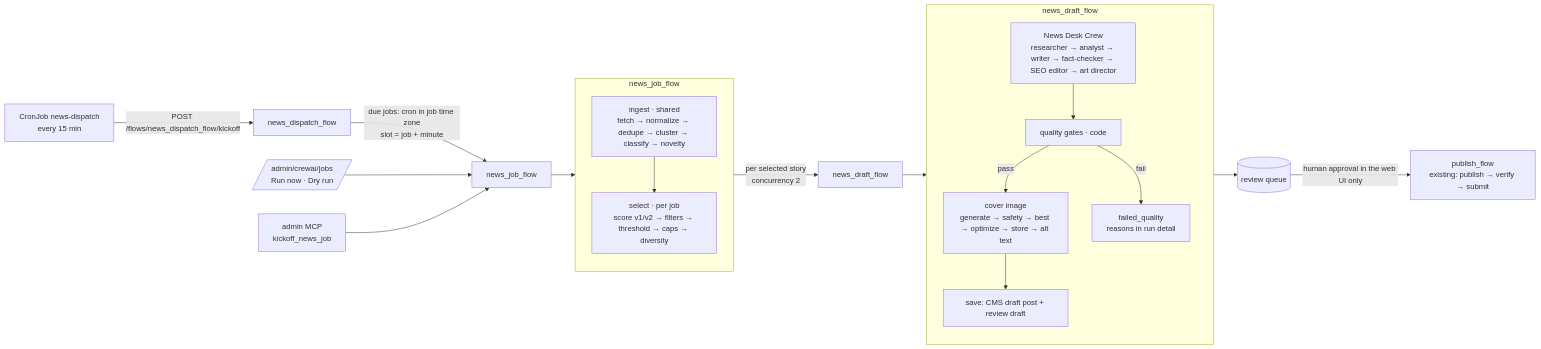
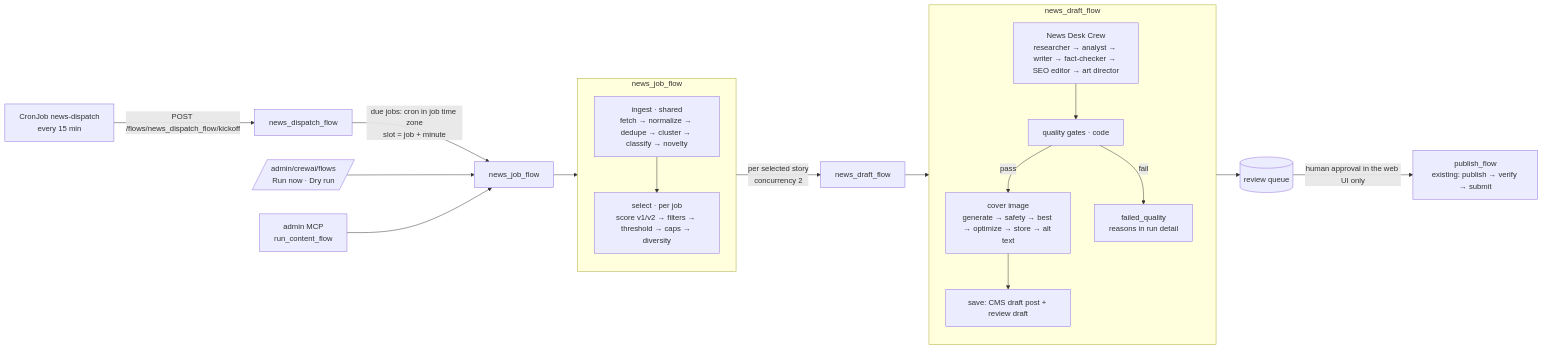
Before and after one commit to mrjithendar/moks-cms: the first of 2 diagrams in docs/news/ARCHITECTURE.md, drawn with Mermaid. The commit also changed other lines of this file and 12 other files, not shown here.

First line of the commit message:
docs: flows and crews only: crew jobs are content flows (D-99)

````diff
--- a/docs/news/ARCHITECTURE.md
+++ b/docs/news/ARCHITECTURE.md
@@ -21,23 +22,23 @@
 ```mermaid
 flowchart LR
   CJ[CronJob news-dispatch<br/>every 15 min] -->|POST /flows/news_dispatch_flow/kickoff| D[news_dispatch_flow]
   D -->|due jobs: cron in job time zone<br/>slot = job + minute| J[news_job_flow]
-  UI[/admin/crewai/jobs<br/>Run now · Dry run/] --> J
-  MCP[admin MCP<br/>kickoff_news_job] --> J
+  UI[/admin/crewai/flows<br/>Run now · Dry run/] --> J
+  MCP[admin MCP<br/>run_content_flow] --> J
   subgraph J1[news_job_flow]
     direction TB
     I[ingest · shared<br/>fetch → normalize → dedupe → cluster → classify → novelty] --> S[select · per job<br/>score v1/v2 → filters → threshold → caps → diversity]
   end
   J --> J1
   S -->|per selected story<br/>concurrency 2| DR[news_draft_flow]
   subgraph DR1[news_draft_flow]
     direction TB
     C[News Desk Crew<br/>researcher → analyst → writer → fact-checker → SEO editor → art director] --> Q[quality gates · code]
     Q -->|pass| IMG[cover image<br/>generate → safety → best → optimize → store → alt text]
     IMG --> SV[save: CMS draft post + review draft]
     Q -->|fail| FQ[failed_quality<br/>reasons in run detail]
   end
   DR --> DR1
   SV --> RQ[(review queue)]
   RQ -->|human approval in the web UI only| PF[publish_flow<br/>existing: publish → verify → submit]
 ```
````
